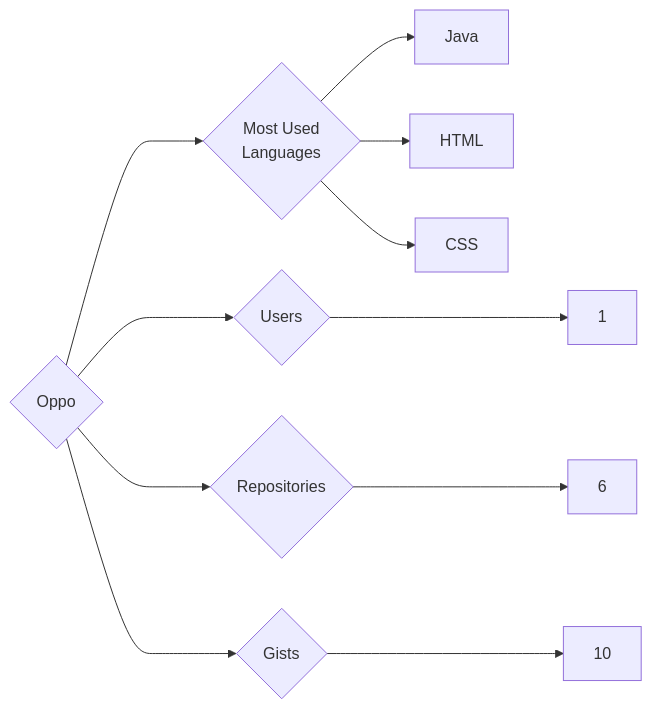
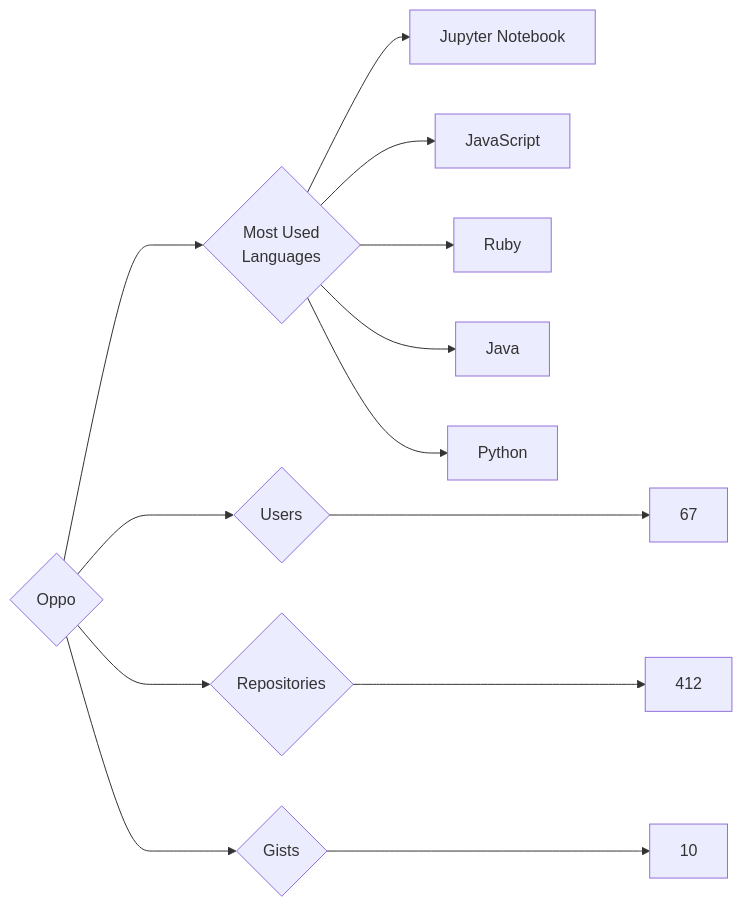
Before and after one commit to trickest/insiders: the diagram in targets/Oppo/README.md, drawn with Mermaid. The commit also changed 715 other files, not shown here.

````diff
--- a/targets/Oppo/README.md
+++ b/targets/Oppo/README.md
@@ -3,11 +3,13 @@
 ```mermaid
 graph LR
 COMPANY_NAME{Oppo}
-COMPANY_NAME ---> U{Users} ---> UN[1]
-COMPANY_NAME ---> R{Repositories} ---> RN[6]
+COMPANY_NAME ---> U{Users} ---> UN[67]
+COMPANY_NAME ---> R{Repositories} ---> RN[412]
 COMPANY_NAME ---> G{Gists} ---> GN[10]
 COMPANY_NAME ---> ML{Most Used<br>Languages}
+ML --> Jupyter_Notebook[Jupyter Notebook]
+ML --> JavaScript[JavaScript]
+ML --> Ruby[Ruby]
 ML --> Java[Java]
-ML --> HTML[HTML]
-ML --> CSS[CSS]
+ML --> Python[Python]
 ```
````
